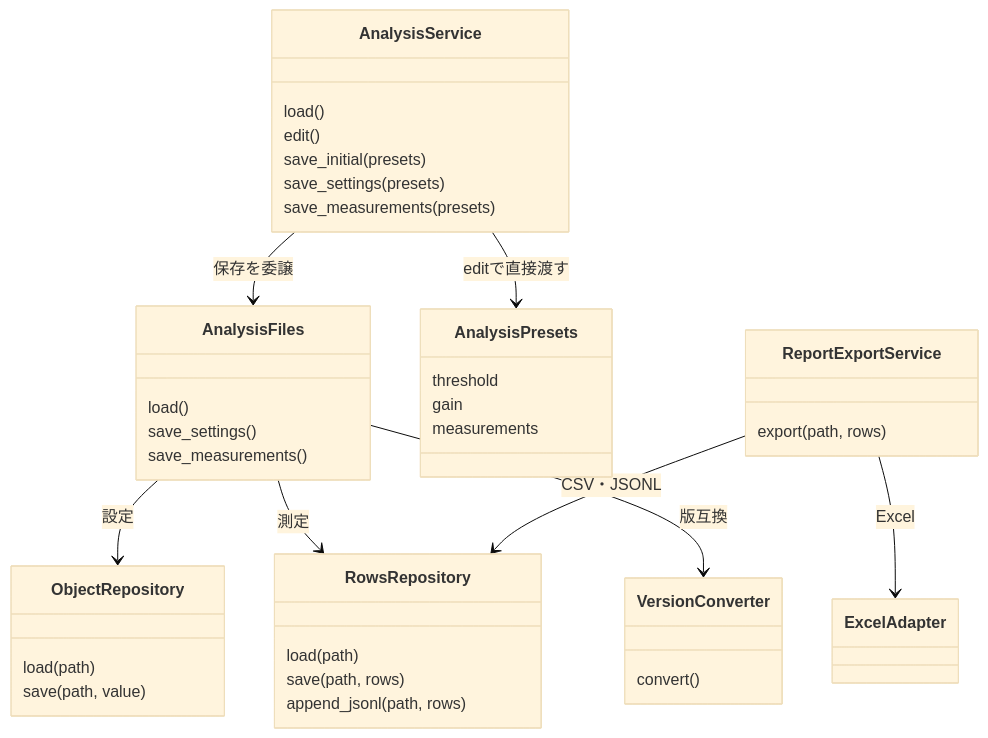
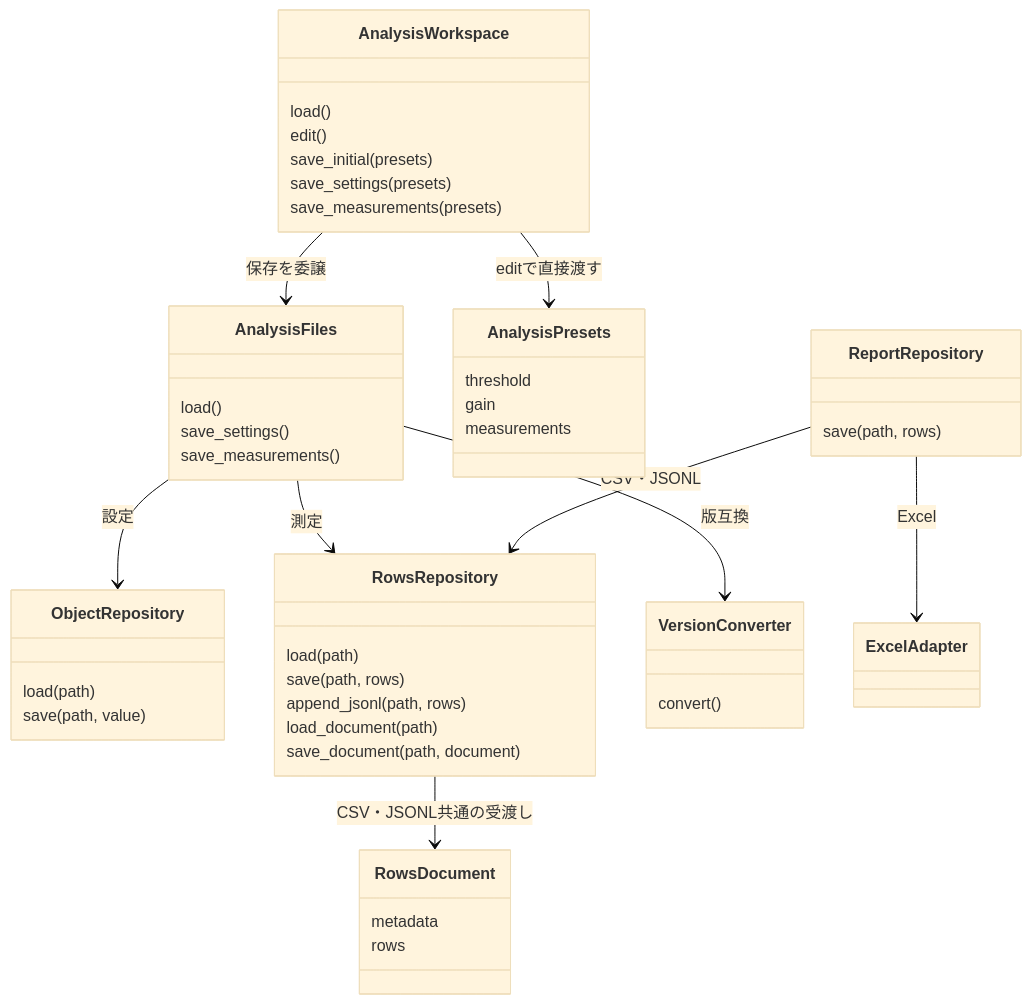
The second of 2 diagrams in docs/ARCHITECTURE.md (phyu1985/data_manager_layered), drawn with Mermaid (base theme) before and after one commit. The commit also changed other lines of this file and 89 other files, not shown here.

````diff
--- a/docs/ARCHITECTURE.md
+++ b/docs/ARCHITECTURE.md
@@ -35,42 +41,49 @@
 ```mermaid
 classDiagram
-    class AnalysisService {
+    class AnalysisWorkspace {
         load()
         edit()
         save_initial(presets)
         save_settings(presets)
         save_measurements(presets)
     }
     class AnalysisFiles {
         load()
         save_settings()
         save_measurements()
     }
     class AnalysisPresets {
         threshold
         gain
         measurements
     }
     class ObjectRepository {
         load(path)
         save(path, value)
     }
     class RowsRepository {
         load(path)
         save(path, rows)
         append_jsonl(path, rows)
+        load_document(path)
+        save_document(path, document)
     }
+    class RowsDocument {
+        metadata
+        rows
+    }
+    RowsRepository --> RowsDocument : CSV・JSONL共通の受渡し
     class VersionConverter {
         convert()
     }
-    class ReportExportService {
-        export(path, rows)
+    class ReportRepository {
+        save(path, rows)
     }
-    AnalysisService --> AnalysisFiles : 保存を委譲
-    AnalysisService --> AnalysisPresets : editで直接渡す
+    AnalysisWorkspace --> AnalysisFiles : 保存を委譲
+    AnalysisWorkspace --> AnalysisPresets : editで直接渡す
     AnalysisFiles --> ObjectRepository : 設定
     AnalysisFiles --> RowsRepository : 測定
     AnalysisFiles --> VersionConverter : 版互換
-    ReportExportService --> RowsRepository : CSV・JSONL
-    ReportExportService --> ExcelAdapter : Excel
+    ReportRepository --> RowsRepository : CSV・JSONL
+    ReportRepository --> ExcelAdapter : Excel
 ```
````
